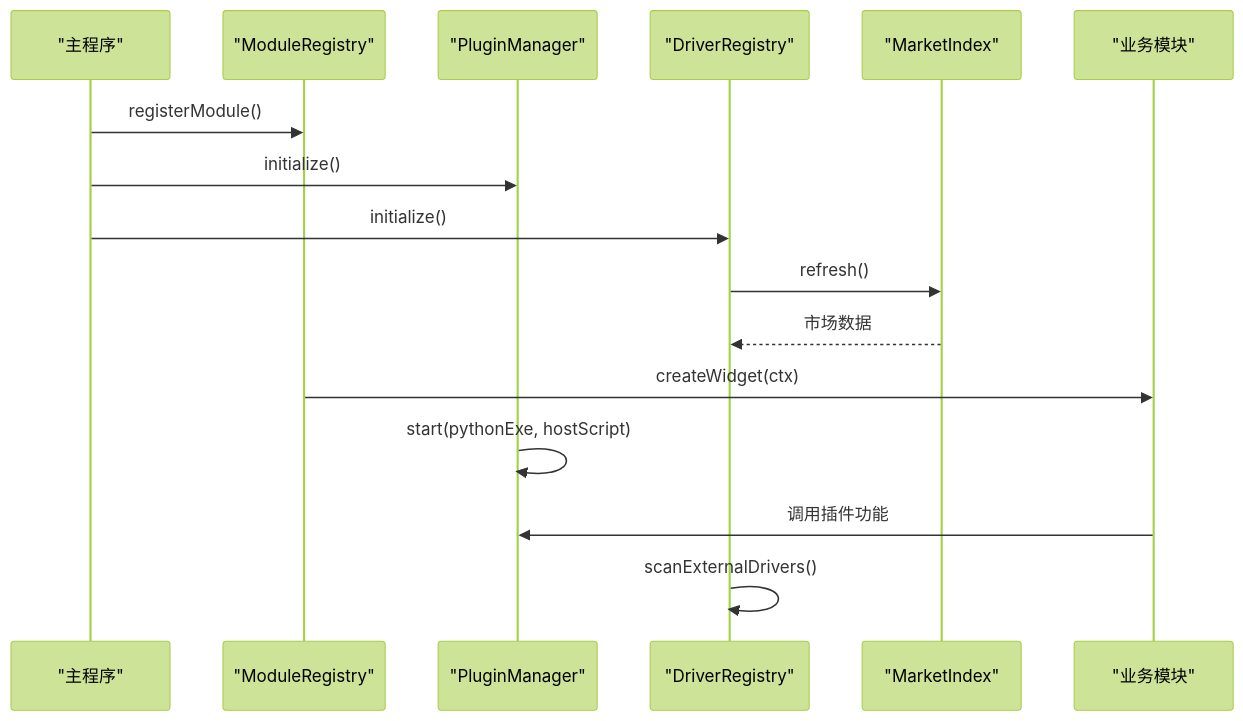
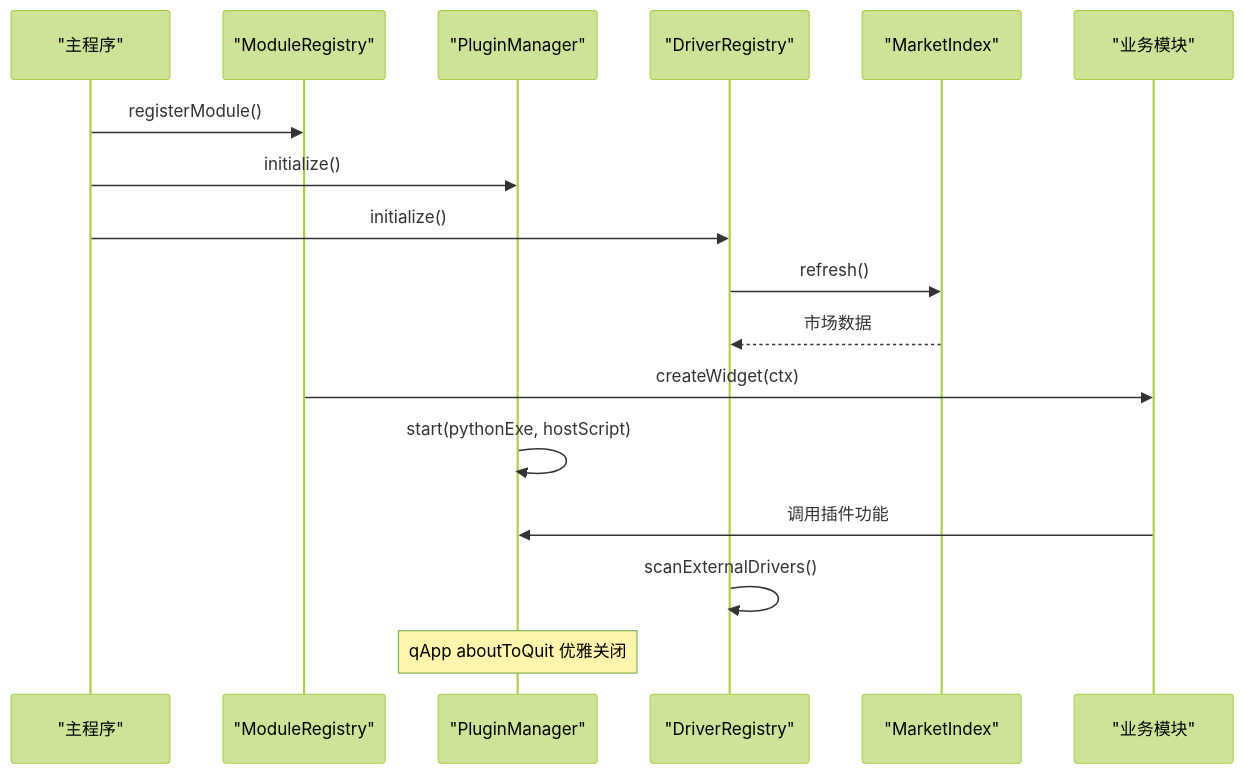
The second of 3 diagrams in .qoder/repowiki/zh/content/架构设计/插件系统架构/插件系统架构.md (jakecai1225-design/OpenBus), drawn with Mermaid (forest theme) before and after one commit. The commit also changed other lines of this file and 56 other files, not shown here.

Commit message:
trace graphic优化

````diff
--- a/.qoder/repowiki/zh/content/架构设计/插件系统架构/插件系统架构.md
+++ b/.qoder/repowiki/zh/content/架构设计/插件系统架构/插件系统架构.md
@@ -143,18 +144,19 @@
 ```mermaid
 sequenceDiagram
 participant App as "主程序"
 participant MR as "ModuleRegistry"
 participant PM as "PluginManager"
 participant DR as "DriverRegistry"
 participant MI as "MarketIndex"
 participant BM as "业务模块"
 App->>MR : registerModule()
 App->>PM : initialize()
 App->>DR : initialize()
 DR->>MI : refresh()
 MI-->>DR : 市场数据
 MR->>BM : createWidget(ctx)
 PM->>PM : start(pythonExe, hostScript)
 BM->>PM : 调用插件功能
 DR->>DR : scanExternalDrivers()
+Note over PM : qApp aboutToQuit 优雅关闭
 ```
````
